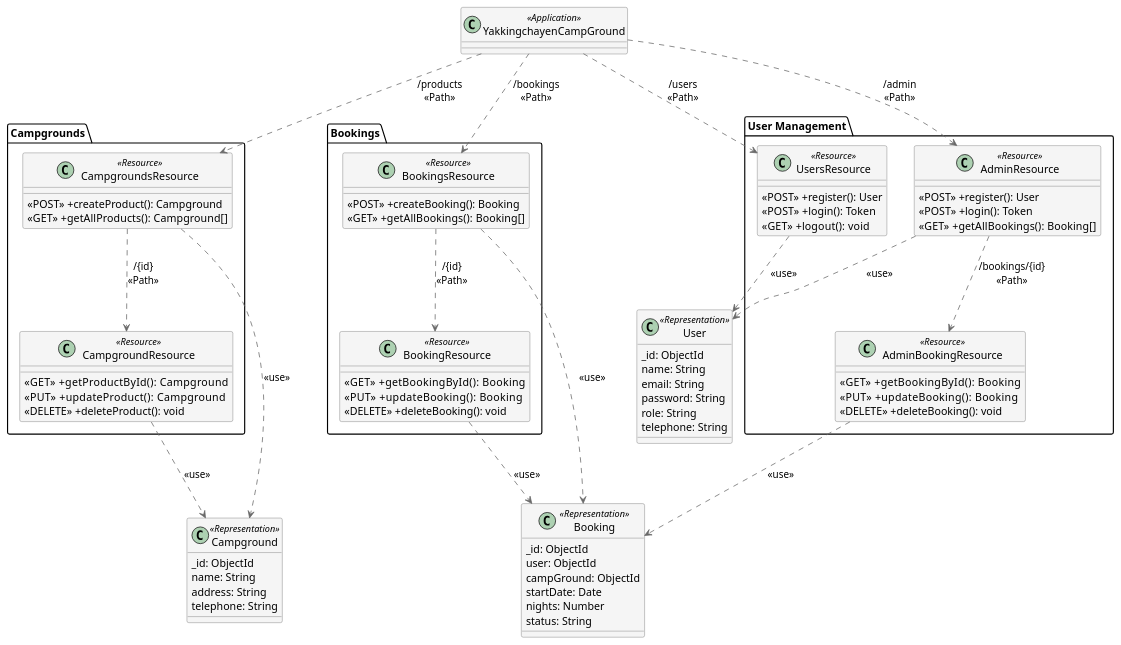
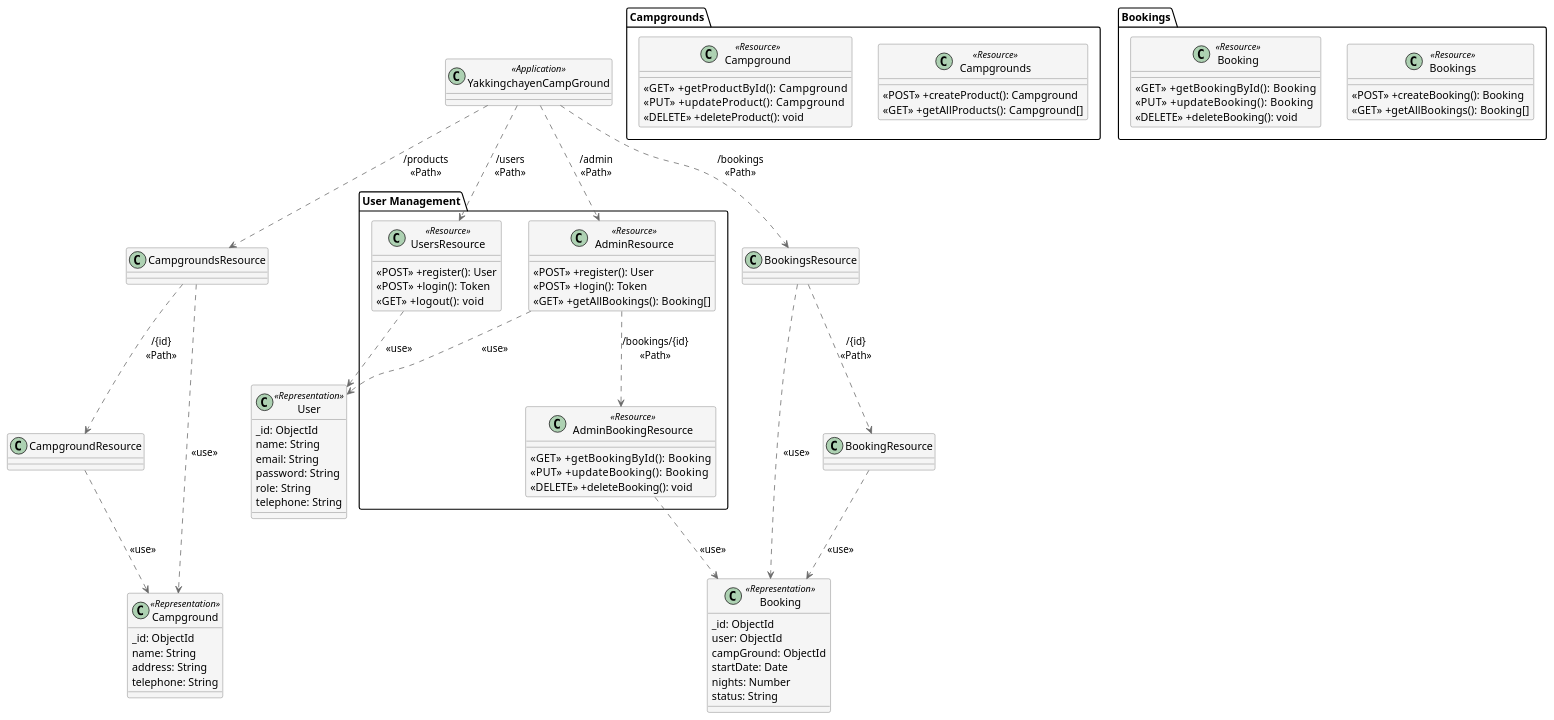
The diagram in uml.puml (JJnvn/Campground-booking), drawn with PlantUML before and after one commit.

```diff
--- a/uml.puml
+++ b/uml.puml
@@ -1,112 +1,112 @@
 @startuml
 skinparam class {
   BackgroundColor WhiteSmoke
   BorderColor DimGray
   ArrowColor  DimGray
 }
 
 /' =========================================
    APPLICATION
 ========================================= '/
 class YakkingchayenCampGround <<Application>>
 
 /' =========================================
    RESOURCES
 ========================================= '/
 package "User Management" {
   class UsersResource <<Resource>> {
     «POST» +register(): User
     «POST» +login(): Token
     «GET»  +logout(): void
   }
 
   class AdminResource <<Resource>> {
     «POST» +register(): User
     «POST» +login(): Token
     «GET»  +getAllBookings(): Booking[]
   }
 
   class AdminBookingResource <<Resource>> {
     «GET»    +getBookingById(): Booking
     «PUT»    +updateBooking(): Booking
     «DELETE» +deleteBooking(): void
   }
 }
 
 package "Campgrounds" {
-  class CampgroundsResource <<Resource>> {
+  class Campgrounds <<Resource>> {
     «POST» +createProduct(): Campground
     «GET»  +getAllProducts(): Campground[]
   }
 
-  class CampgroundResource <<Resource>> {
+  class Campground <<Resource>> {
     «GET»    +getProductById(): Campground
     «PUT»    +updateProduct(): Campground
     «DELETE» +deleteProduct(): void
   }
 }
 
 package "Bookings" {
-  class BookingsResource <<Resource>> {
+  class Bookings <<Resource>> {
     «POST» +createBooking(): Booking
     «GET»  +getAllBookings(): Booking[]
   }
 
-  class BookingResource <<Resource>> {
+  class Booking <<Resource>> {
     «GET»    +getBookingById(): Booking
     «PUT»    +updateBooking(): Booking
     «DELETE» +deleteBooking(): void
   }
 }
 
 /' =========================================
    REPRESENTATIONS
 ========================================= '/
 class User <<Representation>> {
   _id: ObjectId
   name: String
   email: String
   password: String
   role: String
   telephone: String
 }
 
 class Campground <<Representation>> {
   _id: ObjectId
   name: String
   address: String
   telephone: String
 }
 
 class Booking <<Representation>> {
   _id: ObjectId
   user: ObjectId
   campGround: ObjectId
   startDate: Date
   nights: Number
   status: String
 }
 
 /' =========================================
    PATH RELATIONS
 ========================================= '/
 YakkingchayenCampGround -[dashed]-> UsersResource          : /users\n<<Path>>
 YakkingchayenCampGround -[dashed]-> AdminResource          : /admin\n<<Path>>
 YakkingchayenCampGround -[dashed]-> CampgroundsResource    : /products\n<<Path>>
 YakkingchayenCampGround -[dashed]-> BookingsResource       : /bookings\n<<Path>>
 
 AdminResource     -[dashed]-> AdminBookingResource : /bookings/{id}\n<<Path>>
 CampgroundsResource -[dashed]-> CampgroundResource : /{id}\n<<Path>>
 BookingsResource  -[dashed]-> BookingResource      : /{id}\n<<Path>>
 
 /' =========================================
    USE RELATIONS
 ========================================= '/
 UsersResource        ..> User        : <<use>>
 AdminResource        ..> User        : <<use>>
 CampgroundResource   ..> Campground  : <<use>>
 CampgroundsResource  ..> Campground  : <<use>>
 BookingResource      ..> Booking     : <<use>>
 BookingsResource     ..> Booking     : <<use>>
 AdminBookingResource ..> Booking     : <<use>>
 @enduml
```
